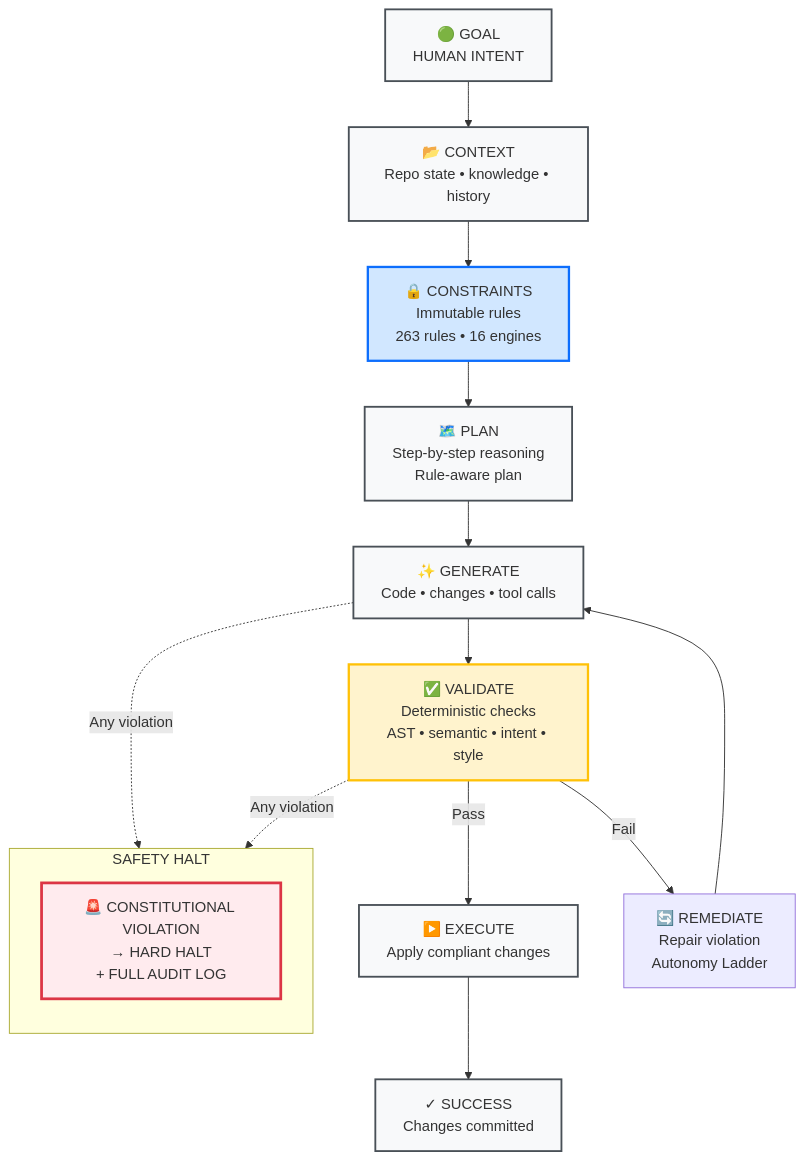
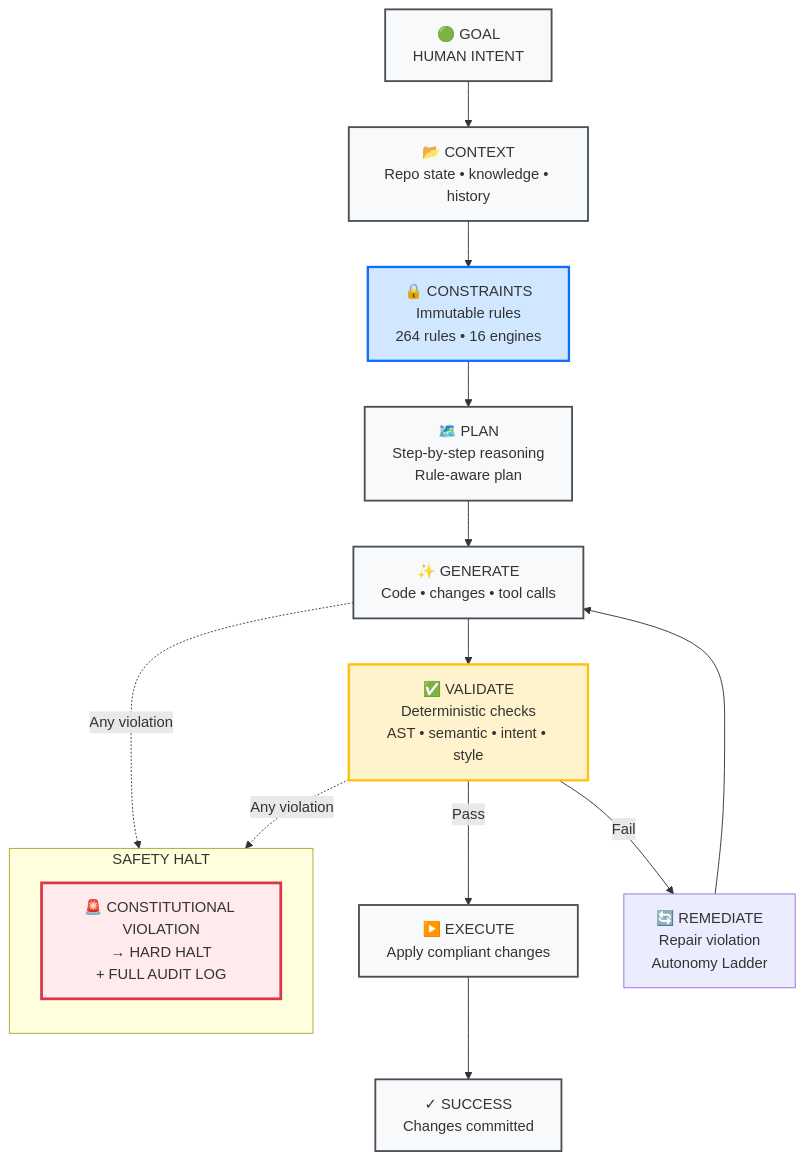
The diagram in README.md (DariuszNewecki/CORE), drawn with Mermaid before and after one commit. The commit also changed other lines of this file and 1 other file, not shown here.

Commit message:
docs: README and how-it-works rule counts 263->264, mapped 253->254
code.imports.no_resolution_suppression (3825bba0) added one mapped rule;
scripts/check_readme_counts.sh failed on develop CI run 37227414119.
Governor authorized the README.md edit 2026-10-04.

````diff
--- a/README.md
+++ b/README.md
@@ -178,30 +178,30 @@
 ```mermaid
 flowchart TD
     A["🟢 GOAL\nHUMAN INTENT"] --> B["📂 CONTEXT\nRepo state • knowledge • history"]
-    B --> C["🔒 CONSTRAINTS\nImmutable rules\n263 rules • 16 engines"]
+    B --> C["🔒 CONSTRAINTS\nImmutable rules\n264 rules • 16 engines"]
     C --> D["🗺️ PLAN\nStep-by-step reasoning\nRule-aware plan"]
     D --> E["✨ GENERATE\nCode • changes • tool calls"]
     E --> F["✅ VALIDATE\nDeterministic checks\nAST • semantic • intent • style"]
     F -->|Pass| G["▶️ EXECUTE\nApply compliant changes"]
     F -->|Fail| H["🔄 REMEDIATE\nRepair violation\nAutonomy Ladder"]
     H --> E
     G --> I["✓ SUCCESS\nChanges committed"]
 
     subgraph "SAFETY HALT"
         direction TB
         J["🚨 CONSTITUTIONAL VIOLATION\n→ HARD HALT\n+ FULL AUDIT LOG"]
     end
 
     E -.->|Any violation| J
     F -.->|Any violation| J
 
     classDef phase      fill:#f8f9fa,stroke:#495057,stroke-width:2px
     classDef constraint fill:#d1e7ff,stroke:#0d6efd,stroke-width:2.5px
     classDef validate   fill:#fff3cd,stroke:#ffc107,stroke-width:2.5px
     classDef halt       fill:#ffebee,stroke:#dc3545,stroke-width:3px
 
     class A,B,D,E,G,I phase
     class C constraint
     class F validate
     class J halt
 ```
````
